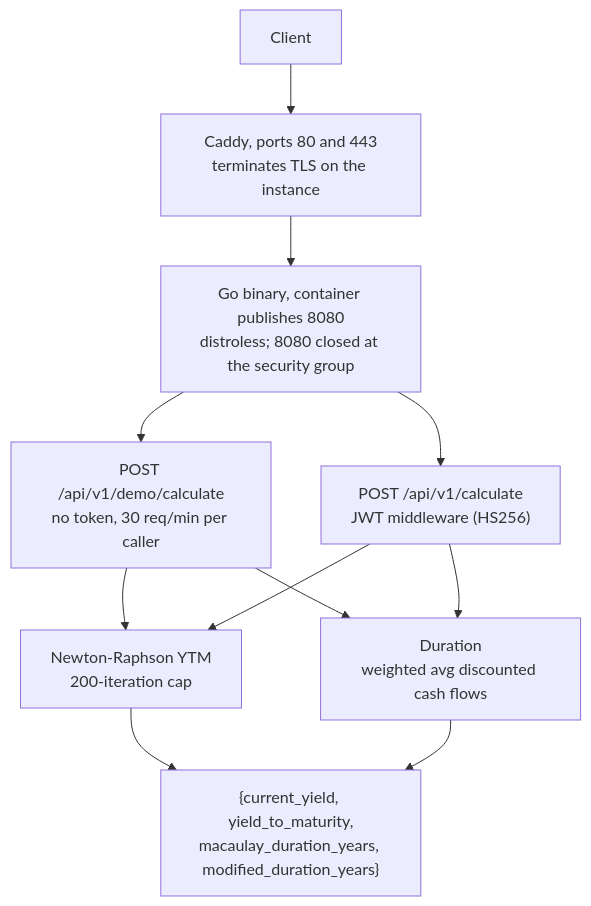
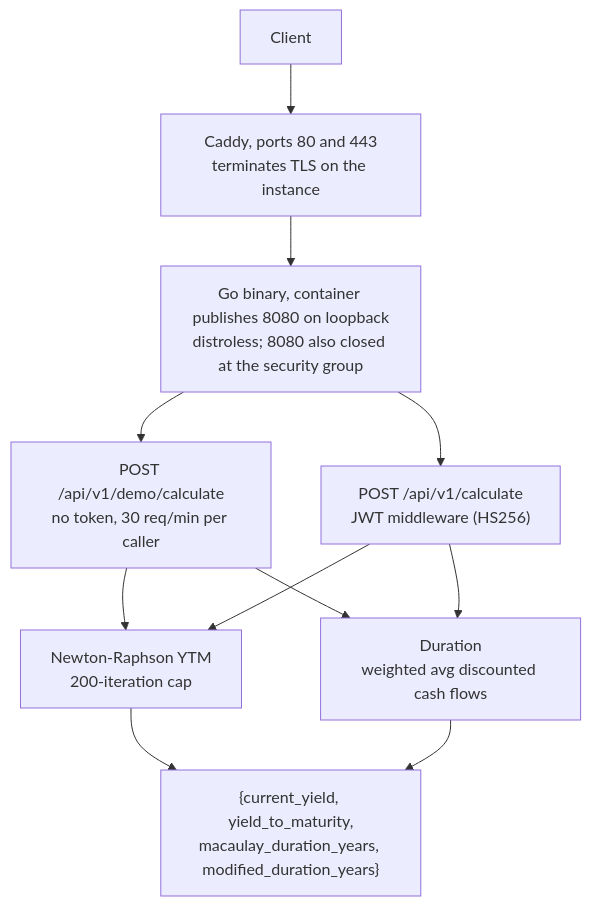
One commit to coreystevensdev/bondcalc changed the diagram in README.md. Above: the diagram before and after it, drawn with Mermaid. The commit also changed other lines of this file and 1 other file, not shown here.

First line of the commit message:
bind 8080 to loopback, and say so (#23)

````diff
--- a/README.md
+++ b/README.md
@@ -20,10 +20,10 @@
 ```mermaid
 flowchart TD
     A[Client] --> B["Caddy, ports 80 and 443\nterminates TLS on the instance"]
-    B --> C["Go binary, container publishes 8080\ndistroless; 8080 closed at the security group"]
+    B --> C["Go binary, container publishes 8080 on loopback\ndistroless; 8080 also closed at the security group"]
     C --> D["POST /api/v1/demo/calculate\nno token, 30 req/min per caller"]
     C --> E["POST /api/v1/calculate\nJWT middleware (HS256)"]
     D & E --> F["Newton-Raphson YTM\n200-iteration cap"]
     D & E --> G["Duration\nweighted avg discounted cash flows"]
     F & G --> H["{current_yield, yield_to_maturity,\nmacaulay_duration_years, modified_duration_years}"]
 ```
````
